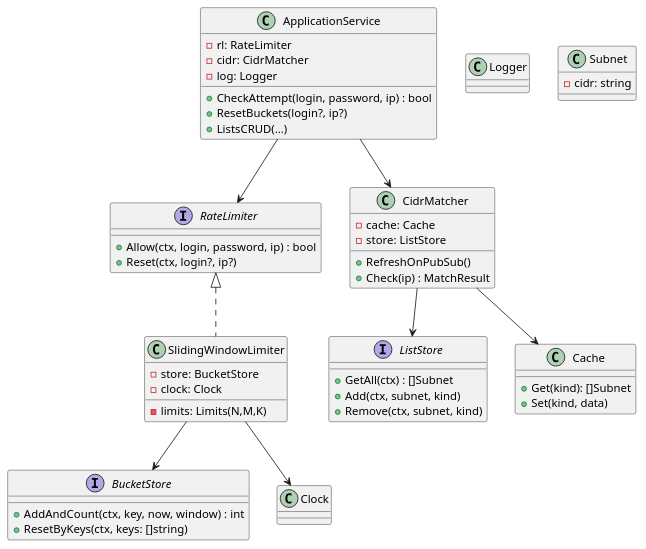
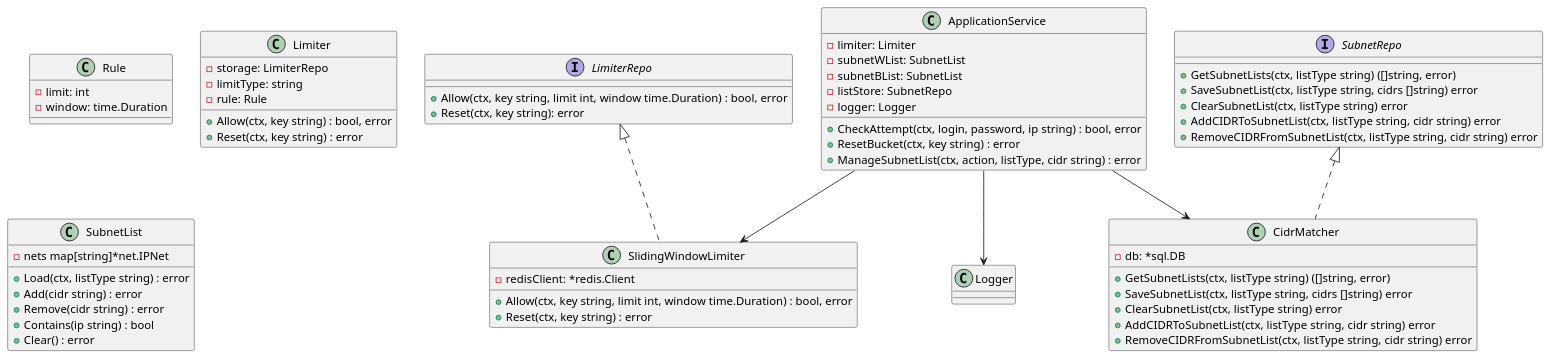
Before and after one commit to Alexandr-Snisarenko/Otus-Anti-bruteforce: the diagram in docs/architecture/anti-bruteforce-classes.puml, drawn with PlantUML. The commit also changed 12 other files, not shown here.

```diff
--- a/docs/architecture/anti-bruteforce-classes.puml
+++ b/docs/architecture/anti-bruteforce-classes.puml
@@ -1,60 +1,71 @@
 @startuml AntiBruteforceClasses
 skinparam DefaultFontName Monospace
 
-interface RateLimiter {
-  +Allow(ctx, login, password, ip) : bool
-  +Reset(ctx, login?, ip?)
+interface LimiterRepo {
+  +Allow(ctx, key string, limit int, window time.Duration) : bool, error
+  +Reset(ctx, key string): error
 }
 
-interface BucketStore {
-  +AddAndCount(ctx, key, now, window) : int
-  +ResetByKeys(ctx, keys: []string)
+interface SubnetRepo {
+  +GetSubnetLists(ctx, listType string) ([]string, error)
+	+SaveSubnetList(ctx, listType string, cidrs []string) error
+	+ClearSubnetList(ctx, listType string) error
+	+AddCIDRToSubnetList(ctx, listType string, cidr string) error
+	+RemoveCIDRFromSubnetList(ctx, listType string, cidr string) error
 }
 
-interface ListStore {
-  +GetAll(ctx) : []Subnet
-  +Add(ctx, subnet, kind)
-  +Remove(ctx, subnet, kind)
+class Rule{
+  -limit: int
+  -window: time.Duration
 }
 
-class SlidingWindowLimiter implements RateLimiter {
-  -limits: Limits(N,M,K)
-  -store: BucketStore
-  -clock: Clock
+class Limiter{
+  -storage: LimiterRepo
+  -limitType: string
+  -rule: Rule
+  +Allow(ctx, key string) : bool, error
+  +Reset(ctx, key string) : error
 }
 
-class CidrMatcher {
-  -cache: Cache
-  -store: ListStore
-  +RefreshOnPubSub()
-  +Check(ip) : MatchResult
+class SubnetList{
+  -nets map[string]*net.IPNet
+  +Load(ctx, listType string) : error
+  +Add(cidr string) : error
+  +Remove(cidr string) : error
+  +Contains(ip string) : bool
+  +Clear() : error
 }
 
-class ApplicationService {
-  -rl: RateLimiter
-  -cidr: CidrMatcher
-  -log: Logger
-  +CheckAttempt(login, password, ip) : bool
-  +ResetBuckets(login?, ip?)
-  +ListsCRUD(...)
+class ApplicationService{
+  -limiter: Limiter
+  -subnetWList: SubnetList
+  -subnetBList: SubnetList
+  -listStore: SubnetRepo
+  -logger: Logger
+  +CheckAttempt(ctx, login, password, ip string) : bool, error
+  +ResetBucket(ctx, key string) : error
+  +ManageSubnetList(ctx, action, listType, cidr string) : error
 }
 
-class Cache {
-  +Get(kind): []Subnet
-  +Set(kind, data)
+class SlidingWindowLimiter implements LimiterRepo {
+  -redisClient: *redis.Client
+  +Allow(ctx, key string, limit int, window time.Duration) : bool, error
+  +Reset(ctx, key string) : error
 }
 
+class CidrMatcher implements SubnetRepo {
+  -db: *sql.DB
+  +GetSubnetLists(ctx, listType string) ([]string, error)
+  +SaveSubnetList(ctx, listType string, cidrs []string) error
+  +ClearSubnetList(ctx, listType string) error
+  +AddCIDRToSubnetList(ctx, listType string, cidr string) error
+  +RemoveCIDRFromSubnetList(ctx, listType string, cidr string) error
+} 
+
 class Logger
-class Clock
-class Subnet {
- -cidr: string 
-}
 
-ApplicationService --> RateLimiter
+ApplicationService --> SlidingWindowLimiter
 ApplicationService --> CidrMatcher
-CidrMatcher --> Cache
-CidrMatcher --> ListStore
-SlidingWindowLimiter --> BucketStore
-SlidingWindowLimiter --> Clock
+ApplicationService --> Logger
 
 @enduml
```
